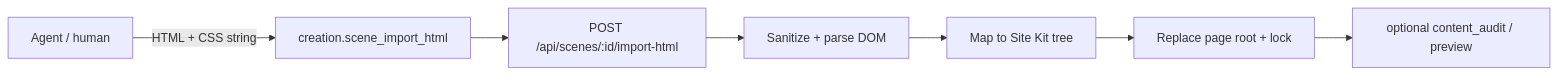
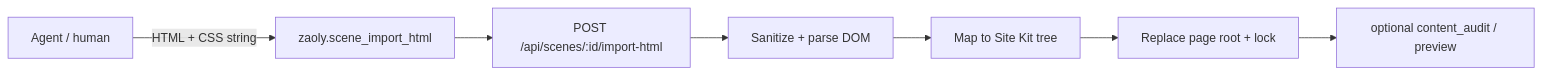
One commit to aurovylabs/zaoly-delivery changed the diagram in specs/domain/html-scene-import.md. Above: the diagram before and after it, drawn with Mermaid. The commit also changed other lines of this file and 18 other files, not shown here.

````diff
--- a/specs/domain/html-scene-import.md
+++ b/specs/domain/html-scene-import.md
@@ -32,9 +32,9 @@
 ```mermaid
 flowchart LR
-  Agent[Agent / human] -->|HTML + CSS string| MCP["creation.scene_import_html"]
+  Agent[Agent / human] -->|HTML + CSS string| MCP["zaoly.scene_import_html"]
   MCP --> API["POST /api/scenes/:id/import-html"]
   API --> Parse[Sanitize + parse DOM]
   Parse --> Map[Map to Site Kit tree]
   Map --> Persist[Replace page root + lock]
   Persist --> Audit["optional content_audit / preview"]
 ```
````
